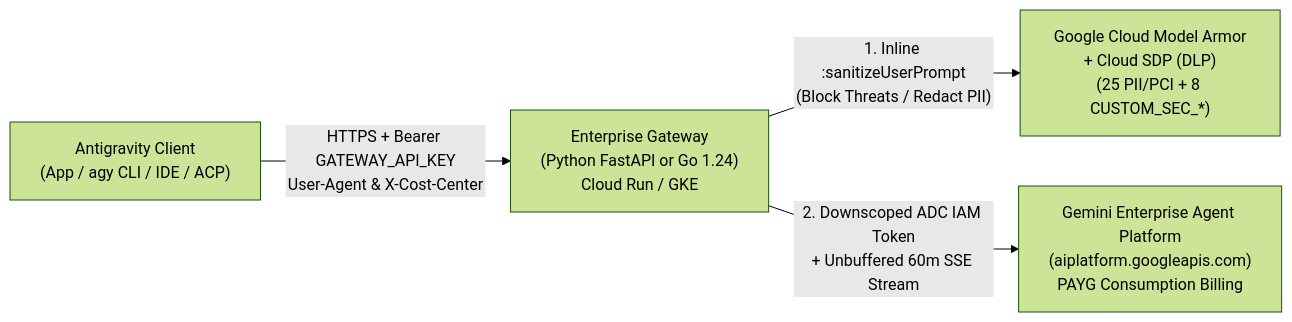
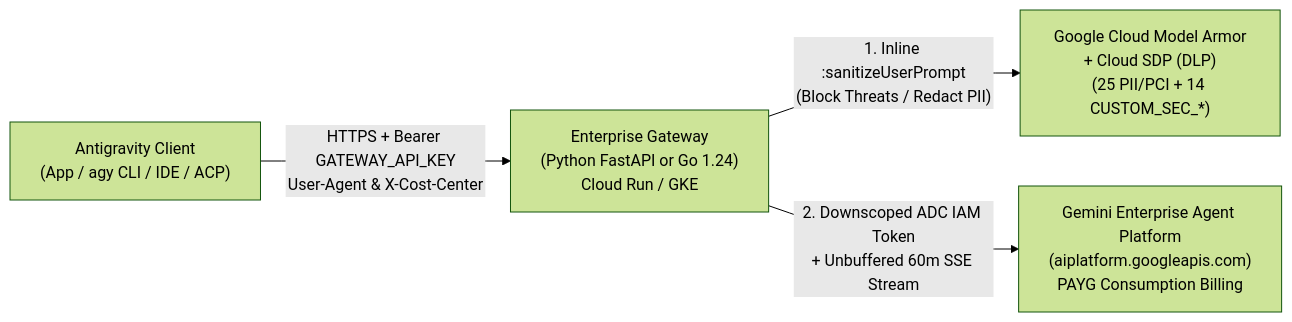
One commit to pradeesi/AntigravityEnterpriseGateway changed the diagram in enterprise-gateway/README.md. Above: the diagram before and after it, drawn with Mermaid (forest theme). The commit also changed other lines of this file and 7 other files, not shown here.

Commit message:
feat(model-armor): add 6 data-governance & impersonation SDP domains and 9-scenario verification suite

````diff
--- a/enterprise-gateway/README.md
+++ b/enterprise-gateway/README.md
@@ -11,11 +11,11 @@
 ```mermaid
 flowchart LR
     Client["Antigravity Client\n(App / agy CLI / IDE / ACP)"]
     Gateway["Enterprise Gateway\n(Python FastAPI or Go 1.24)\nCloud Run / GKE"]
-    Armor["Google Cloud Model Armor\n+ Cloud SDP (DLP)\n(25 PII/PCI + 8 CUSTOM_SEC_*)"]
+    Armor["Google Cloud Model Armor\n+ Cloud SDP (DLP)\n(25 PII/PCI + 14 CUSTOM_SEC_*)"]
     Vertex["Gemini Enterprise Agent Platform\n(aiplatform.googleapis.com)\nPAYG Consumption Billing"]
 
     Client -->|"HTTPS + Bearer GATEWAY_API_KEY\nUser-Agent & X-Cost-Center"| Gateway
     Gateway -->|"1. Inline :sanitizeUserPrompt\n(Block Threats / Redact PII)"| Armor
     Gateway -->|"2. Downscoped ADC IAM Token\n+ Unbuffered 60m SSE Stream"| Vertex
 ```
````
